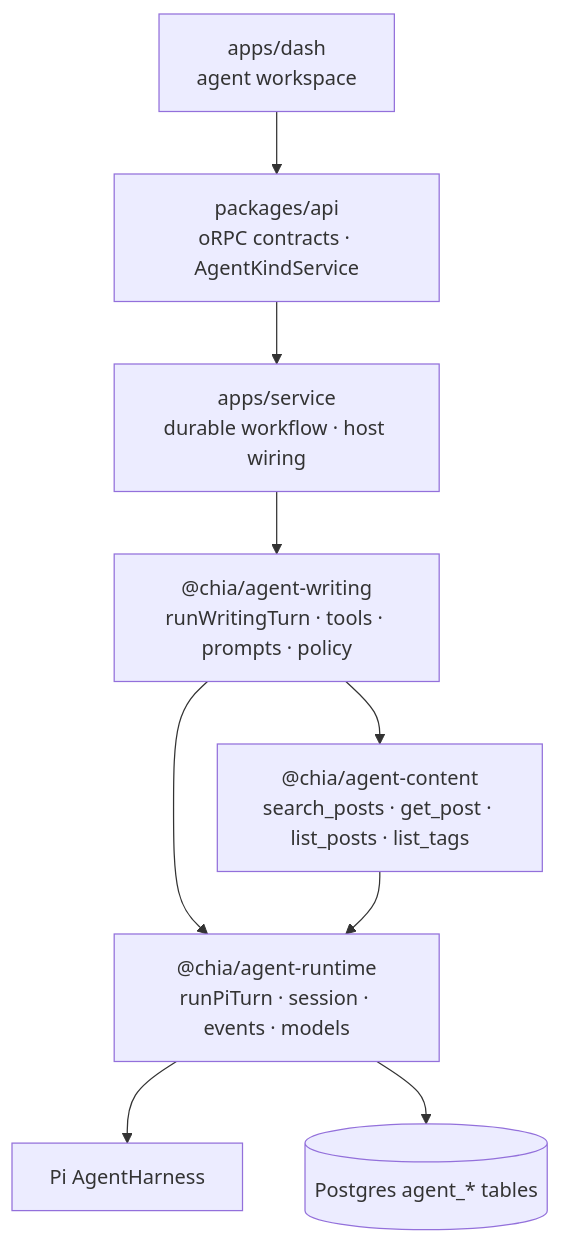
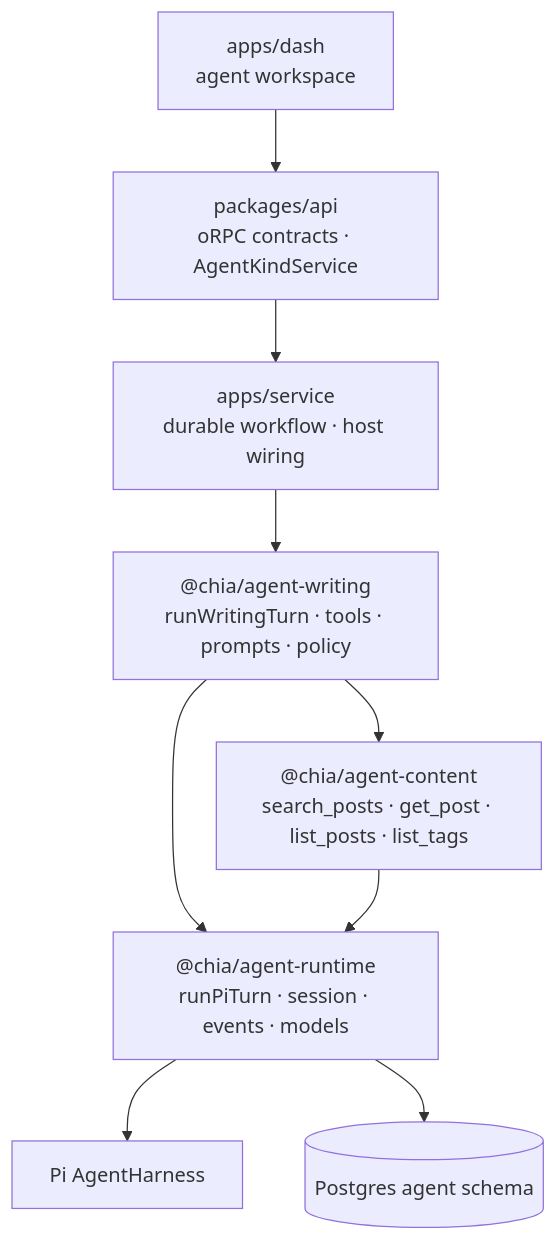
One commit to Chia1104/chia1104.dev changed the first of 3 diagrams in docs/agent-architecture.md. Above: the diagram before and after it, drawn with Mermaid. The commit also changed other lines of this file and 23 other files, not shown here.

First line of the commit message:
refactor(db): move agent tables into the agent Postgres schema

````diff
--- a/docs/agent-architecture.md
+++ b/docs/agent-architecture.md
@@ -22,11 +22,11 @@
 ```mermaid
 flowchart TB
     dash["apps/dash<br/>agent workspace"] --> api["packages/api<br/>oRPC contracts · AgentKindService"]
     api --> service["apps/service<br/>durable workflow · host wiring"]
     service --> writing["@chia/agent-writing<br/>runWritingTurn · tools · prompts · policy"]
     writing --> content["@chia/agent-content<br/>search_posts · get_post · list_posts · list_tags"]
     writing --> runtime["@chia/agent-runtime<br/>runPiTurn · session · events · models"]
     content --> runtime
     runtime --> pi["Pi AgentHarness"]
-    runtime --> pg[("Postgres agent_* tables")]
+    runtime --> pg[("Postgres agent schema")]
 ```
````
